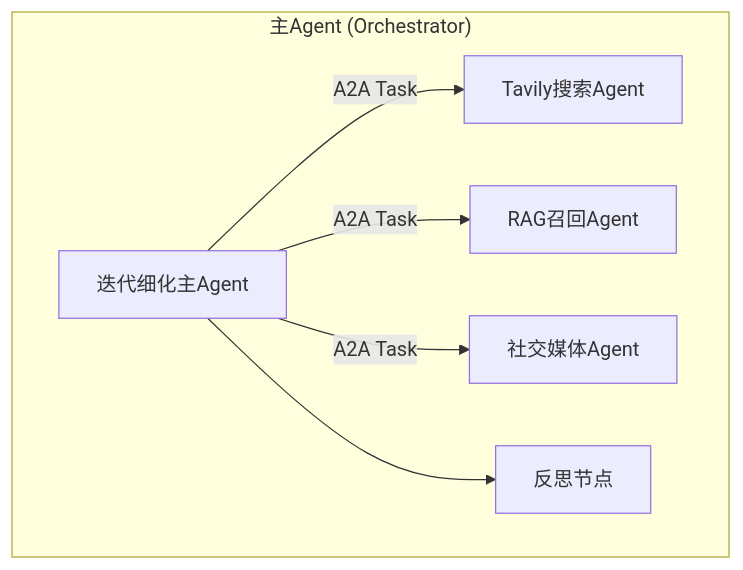
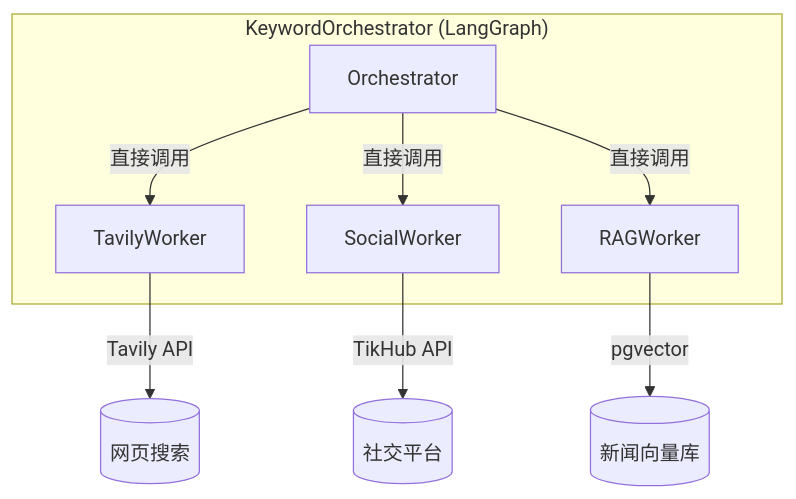
The second of 3 diagrams in docs/implementation_plan.md (stark-456/PulseGlobe), drawn with Mermaid before and after one commit. The commit also changed other lines of this file and 41 other files, not shown here.

````diff
--- a/docs/implementation_plan.md
+++ b/docs/implementation_plan.md
@@ -126,10 +44,12 @@
 ```mermaid
 graph TB
-    subgraph "主Agent (Orchestrator)"
-        O[迭代细化主Agent]
-        O -->|"A2A Task"| S1[Tavily搜索Agent]
-        O -->|"A2A Task"| S2[RAG召回Agent]
-        O -->|"A2A Task"| S3[社交媒体Agent]
-        O --> R[反思节点]
+    subgraph "KeywordOrchestrator (LangGraph)"
+        O[Orchestrator] --> |"直接调用"| W1[TavilyWorker]
+        O --> |"直接调用"| W2[SocialWorker]
+        O --> |"直接调用"| W3[RAGWorker]
     end
+    
+    W1 --> |"Tavily API"| T[(网页搜索)]
+    W2 --> |"TikHub API"| S[(社交平台)]
+    W3 --> |"pgvector"| R[(新闻向量库)]
 ```
````
